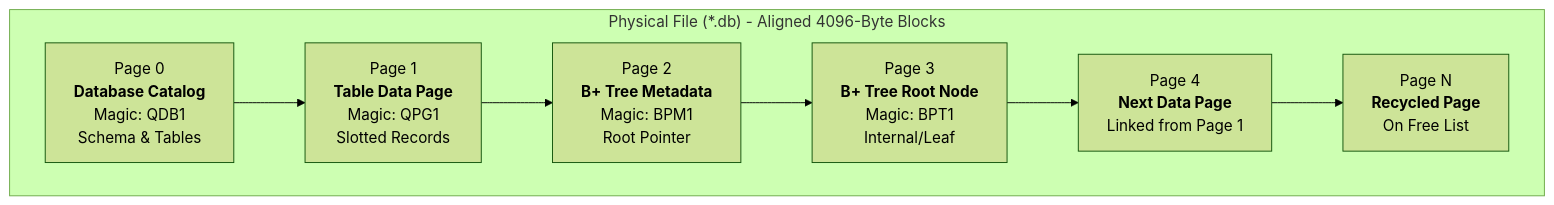
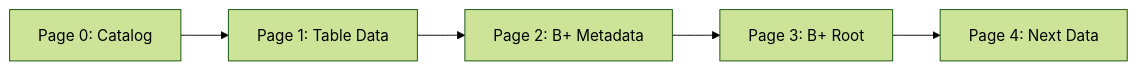
Before and after one commit to KAAZamapiloT/QUARTZ_DB: the first of 2 diagrams in docs/architecture/pager.md, drawn with Mermaid (forest theme). The commit also changed other lines of this file and 27 other files, not shown here.

````diff
--- a/docs/architecture/pager.md
+++ b/docs/architecture/pager.md
@@ -13,14 +13,7 @@
 ```mermaid
 graph LR
-    subgraph SingleFile ["Physical File (*.db) - Aligned 4096-Byte Blocks"]
-        direction LR
-        P0["Page 0<br><b>Database Catalog</b><br>Magic: QDB1<br>Schema & Tables"]
-        P1["Page 1<br><b>Table Data Page</b><br>Magic: QPG1<br>Slotted Records"]
-        P2["Page 2<br><b>B+ Tree Metadata</b><br>Magic: BPM1<br>Root Pointer"]
-        P3["Page 3<br><b>B+ Tree Root Node</b><br>Magic: BPT1<br>Internal/Leaf"]
-        P4["Page 4<br><b>Next Data Page</b><br>Linked from Page 1"]
-        PN["Page N<br><b>Recycled Page</b><br>On Free List"]
-        
-        P0 --> P1 --> P2 --> P3 --> P4 --> PN
-    end
+    P0["Page 0: Catalog"] --> P1["Page 1: Table Data"]
+    P1 --> P2["Page 2: B+ Metadata"]
+    P2 --> P3["Page 3: B+ Root"]
+    P3 --> P4["Page 4: Next Data"]
 ```
````
